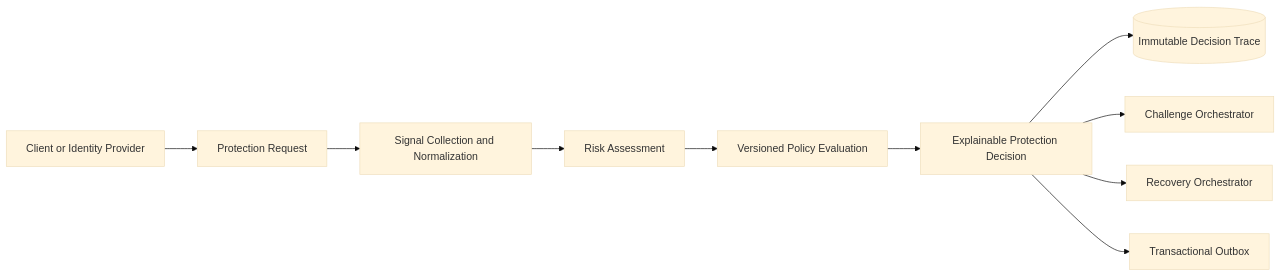
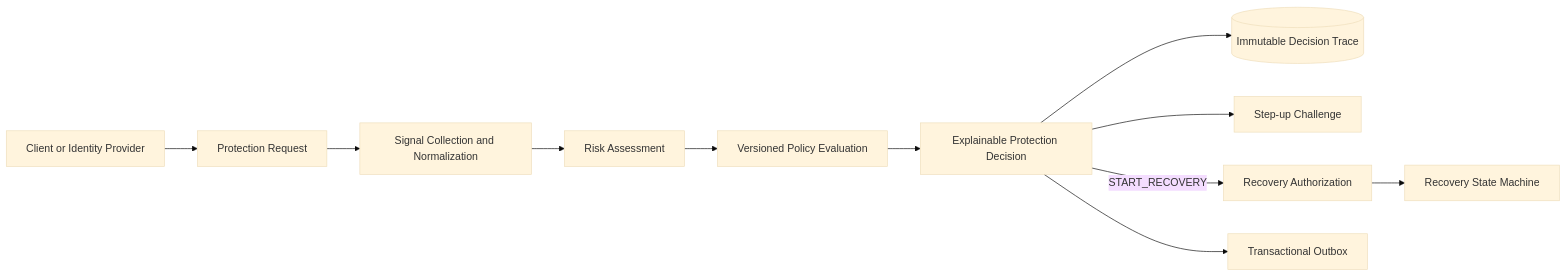
Before and after one commit to vinicius-ssantos/accountshield-orchestrator: the diagram in README.md, drawn with Mermaid (base theme). The commit also changed other lines of this file and 7 other files, not shown here.

First line of the commit message:
docs: establish architecture and feature source of truth (#62)

````diff
--- a/README.md
+++ b/README.md
@@ -52,12 +52,13 @@
 ```mermaid
 flowchart LR
     Client[Client or Identity Provider] --> Intake[Protection Request]
     Intake --> Signals[Signal Collection and Normalization]
     Signals --> Risk[Risk Assessment]
     Risk --> Policy[Versioned Policy Evaluation]
     Policy --> Decision[Explainable Protection Decision]
     Decision --> Audit[(Immutable Decision Trace)]
-    Decision --> Challenge[Challenge Orchestrator]
-    Decision --> Recovery[Recovery Orchestrator]
+    Decision --> Challenge[Step-up Challenge]
+    Decision -- START_RECOVERY --> Authorization[Recovery Authorization]
+    Authorization --> Recovery[Recovery State Machine]
     Decision --> Events[Transactional Outbox]
 ```
````
